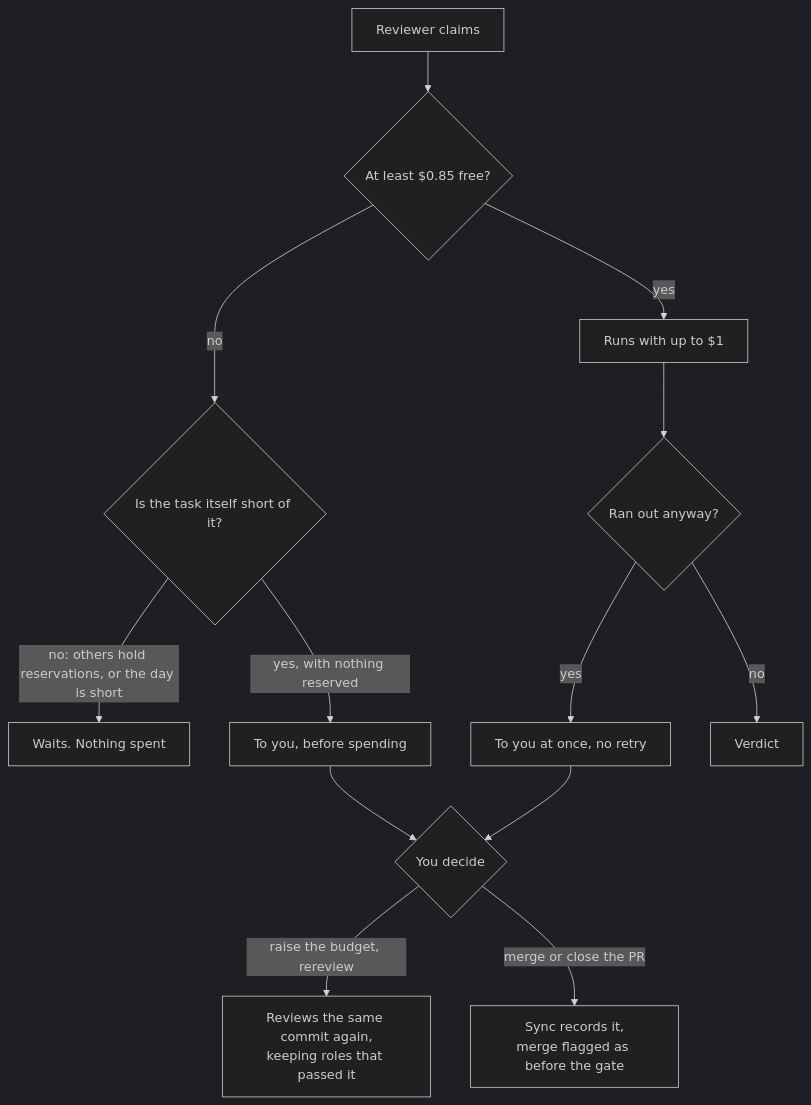
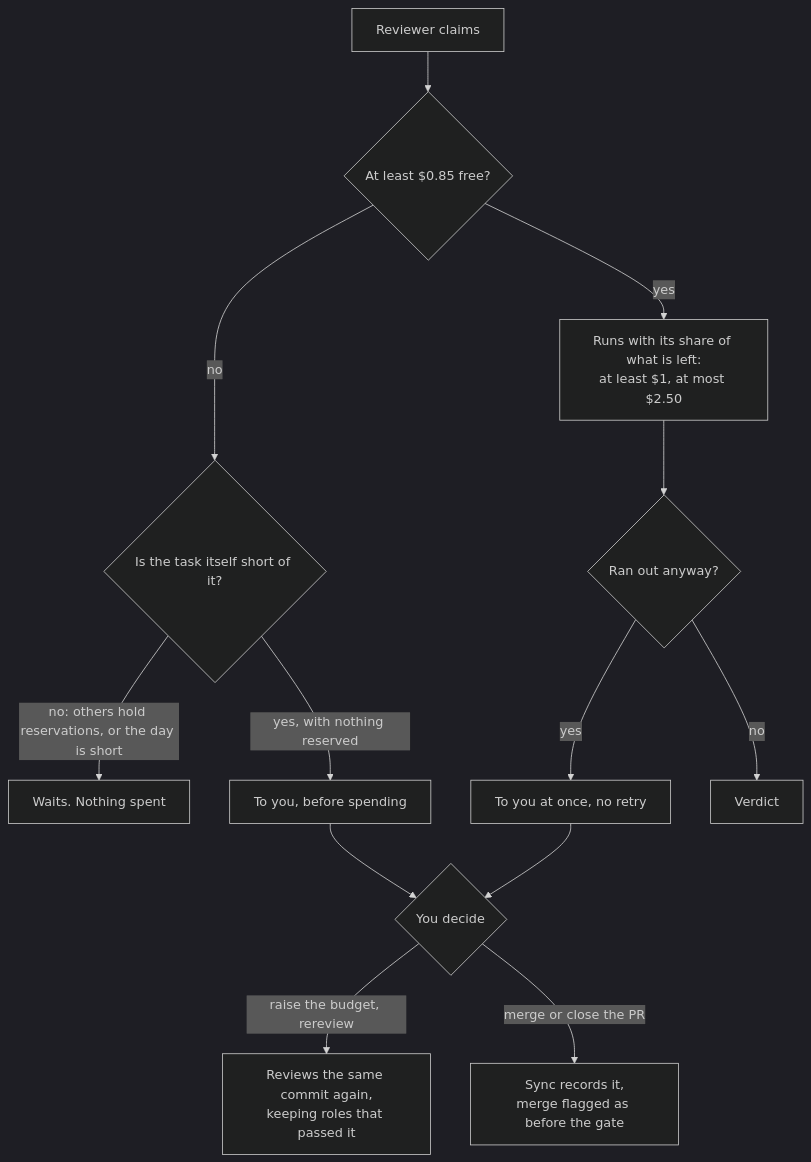
The seventh of 8 diagrams in docs/guide/16-planning.md (bharathcmbox/axiom), drawn with Mermaid (dark theme) before and after one commit. The commit also changed other lines of this file and 10 other files, not shown here.

````diff
--- a/docs/guide/16-planning.md
+++ b/docs/guide/16-planning.md
@@ -232,15 +232,15 @@
 ```mermaid
 flowchart TB
     c["Reviewer claims"] --> f{"At least $0.85 free?"}
-    f -->|yes| r["Runs with up to $1"]
+    f -->|yes| r["Runs with its share of what is left:<br/>at least $1, at most $2.50"]
     f -->|no| w{"Is the task itself short of it?"}
     w -->|"no: others hold reservations, or the day is short"| wait["Waits. Nothing spent"]
     w -->|"yes, with nothing reserved"| e["To you, before spending"]
     r --> o{"Ran out anyway?"}
     o -->|yes| e2["To you at once, no retry"]
     o -->|no| done["Verdict"]
     e --> y{"You decide"}
     e2 --> y
     y -->|"raise the budget, rereview"| again["Reviews the same commit again,<br/>keeping roles that passed it"]
     y -->|"merge or close the PR"| sync["Sync records it,<br/>merge flagged as before the gate"]
 ```
````
